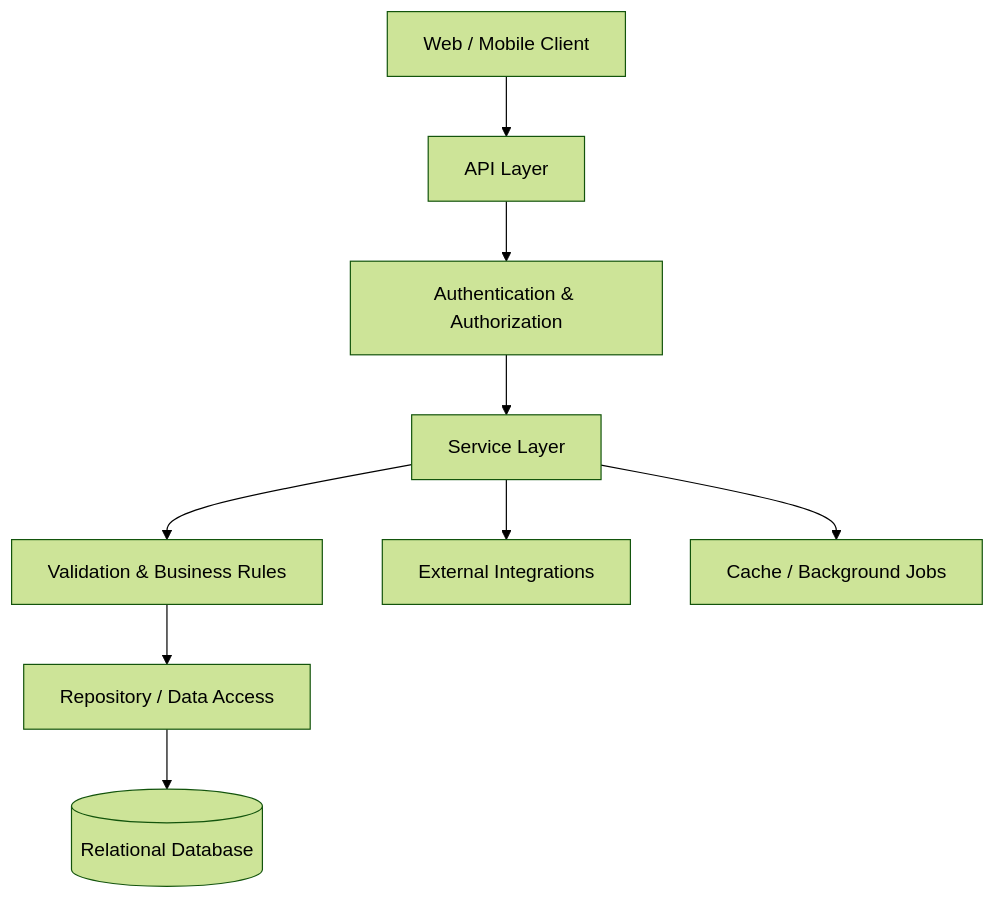
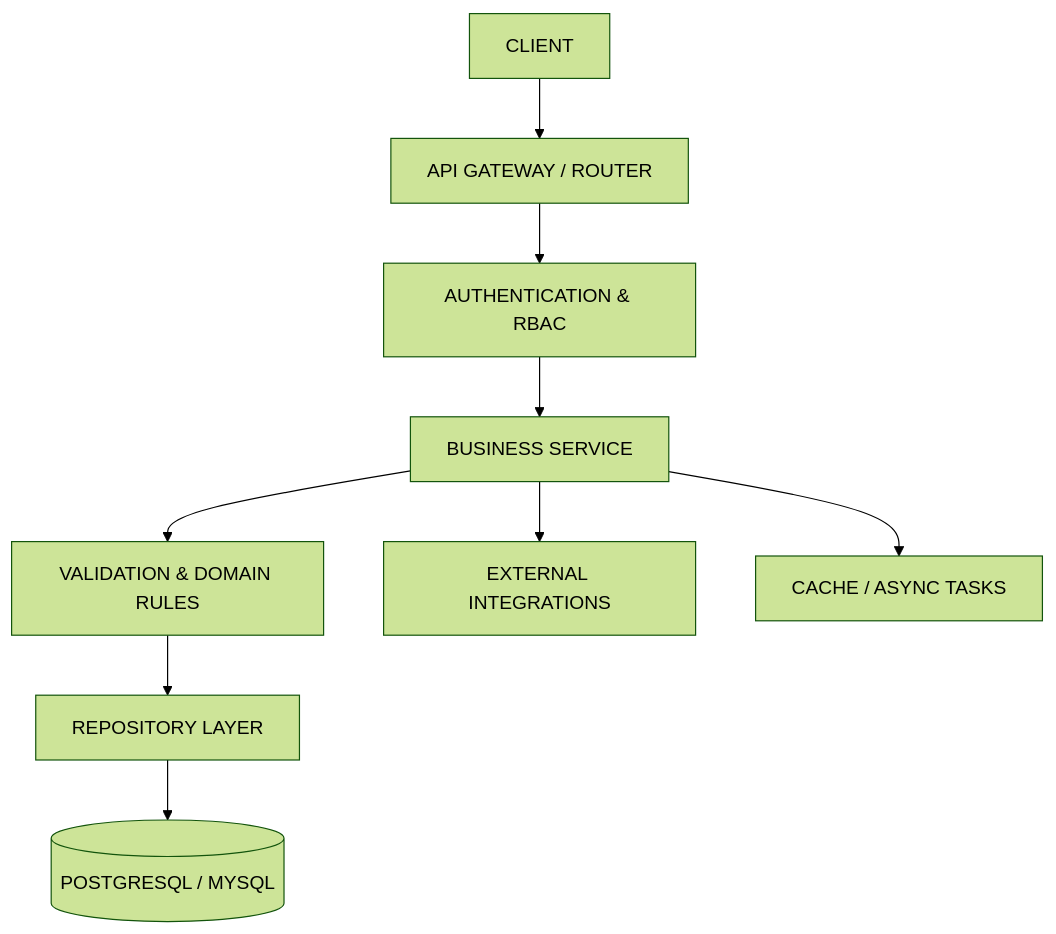
One commit to Aravindan-001/Aravindan-001 changed the first of 2 diagrams in README.md. Above: the diagram before and after it, drawn with Mermaid (forest theme). The commit also changed other lines of this file, not shown here.

````diff
--- a/README.md
+++ b/README.md
@@ -285,11 +307,11 @@
 ```mermaid
 flowchart TD
-    A["Web / Mobile Client"] --> B["API Layer"]
-    B --> C["Authentication & Authorization"]
-    C --> D["Service Layer"]
-    D --> E["Validation & Business Rules"]
-    E --> F["Repository / Data Access"]
-    F --> G[("Relational Database")]
-    D --> H["External Integrations"]
-    D --> I["Cache / Background Jobs"]
+    A["CLIENT"] --> B["API GATEWAY / ROUTER"]
+    B --> C["AUTHENTICATION & RBAC"]
+    C --> D["BUSINESS SERVICE"]
+    D --> E["VALIDATION & DOMAIN RULES"]
+    E --> F["REPOSITORY LAYER"]
+    F --> G[("POSTGRESQL / MYSQL")]
+    D --> H["EXTERNAL INTEGRATIONS"]
+    D --> I["CACHE / ASYNC TASKS"]
 ```
````
